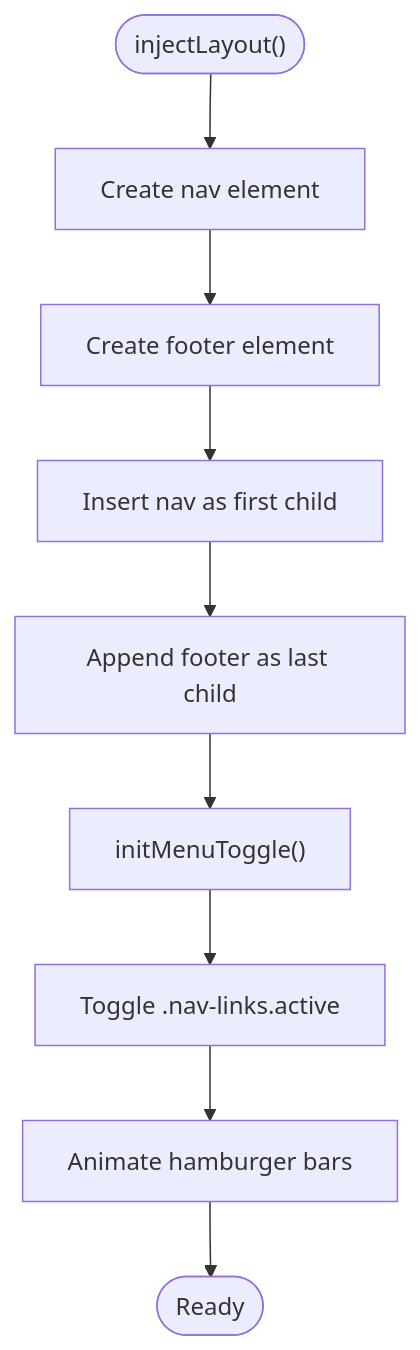
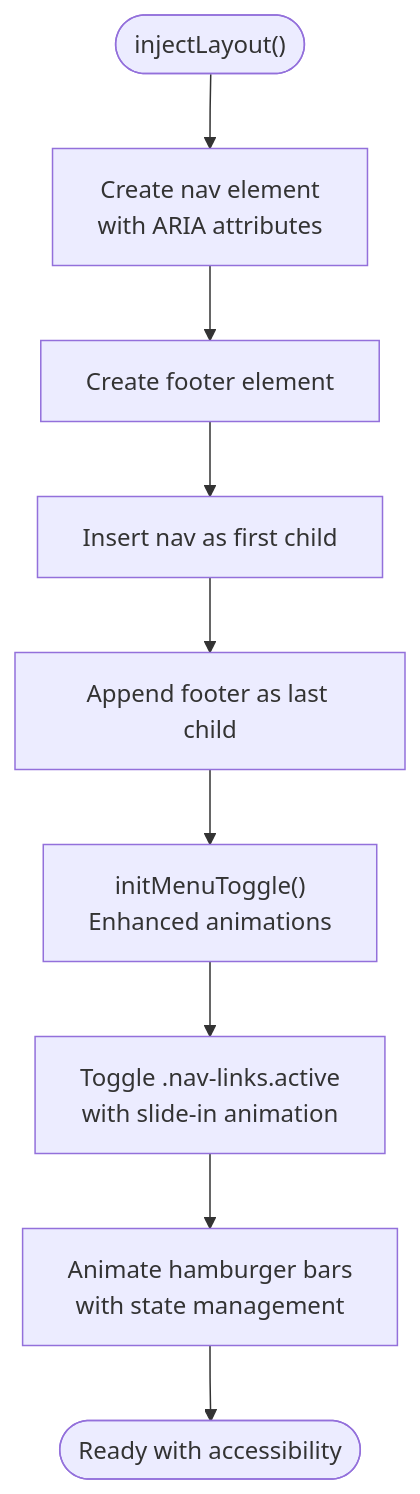
One commit to SirD33k/activezone changed the third of 7 diagrams in .qoder/repowiki/en/content/Frontend Architecture/Layout Management.md. Above: the diagram before and after it, drawn with Mermaid. The commit also changed other lines of this file and 3 other files, not shown here.

````diff
--- a/.qoder/repowiki/en/content/Frontend Architecture/Layout Management.md
+++ b/.qoder/repowiki/en/content/Frontend Architecture/Layout Management.md
@@ -140,11 +155,11 @@
 ```mermaid
 flowchart TD
-Start(["injectLayout()"]) --> CreateNav["Create nav element"]
+Start(["injectLayout()"]) --> CreateNav["Create nav element<br/>with ARIA attributes"]
 CreateNav --> CreateFooter["Create footer element"]
 CreateFooter --> InsertNav["Insert nav as first child"]
 InsertNav --> AppendFooter["Append footer as last child"]
-AppendFooter --> InitToggle["initMenuToggle()"]
-InitToggle --> ToggleMenu["Toggle .nav-links.active"]
-ToggleMenu --> AnimateBars["Animate hamburger bars"]
-AnimateBars --> End(["Ready"])
+AppendFooter --> InitToggle["initMenuToggle()<br/>Enhanced animations"]
+InitToggle --> ToggleMenu["Toggle .nav-links.active<br/>with slide-in animation"]
+ToggleMenu --> AnimateBars["Animate hamburger bars<br/>with state management"]
+AnimateBars --> End(["Ready with accessibility"])
 ```
````
